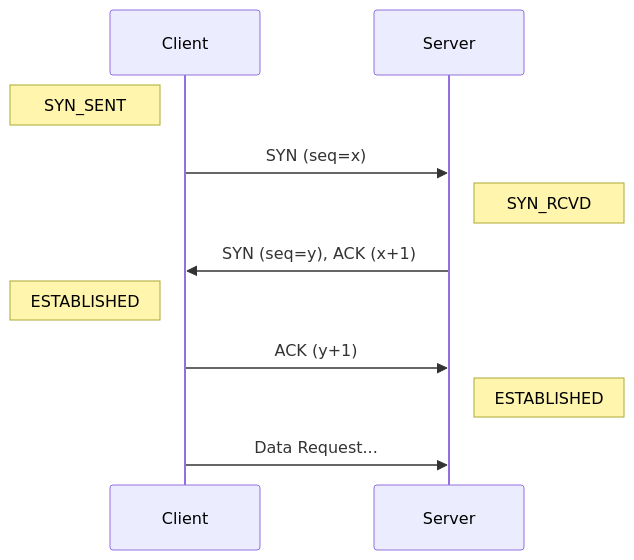
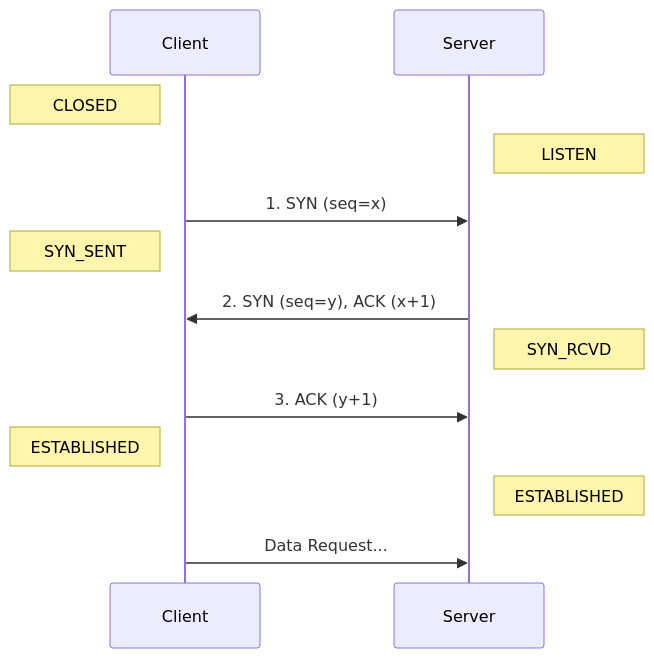
One commit to xizheyin/hft-book-rs changed the third of 7 diagrams in src/network/basics.md. Above: the diagram before and after it, drawn with Mermaid. The commit also changed other lines of this file, not shown here.

````diff
--- a/src/network/basics.md
+++ b/src/network/basics.md
@@ -130,14 +130,20 @@
 ```mermaid
 sequenceDiagram
     participant Client
     participant Server
     
+    Note left of Client: CLOSED
+    Note right of Server: LISTEN
+    
+    Client->>Server: 1. SYN (seq=x)
     Note left of Client: SYN_SENT
-    Client->>Server: SYN (seq=x)
+    
+    Server->>Client: 2. SYN (seq=y), ACK (x+1)
     Note right of Server: SYN_RCVD
-    Server->>Client: SYN (seq=y), ACK (x+1)
+    
+    Client->>Server: 3. ACK (y+1)
     Note left of Client: ESTABLISHED
-    Client->>Server: ACK (y+1)
     Note right of Server: ESTABLISHED
+    
     Client->>Server: Data Request...
 ```
````
